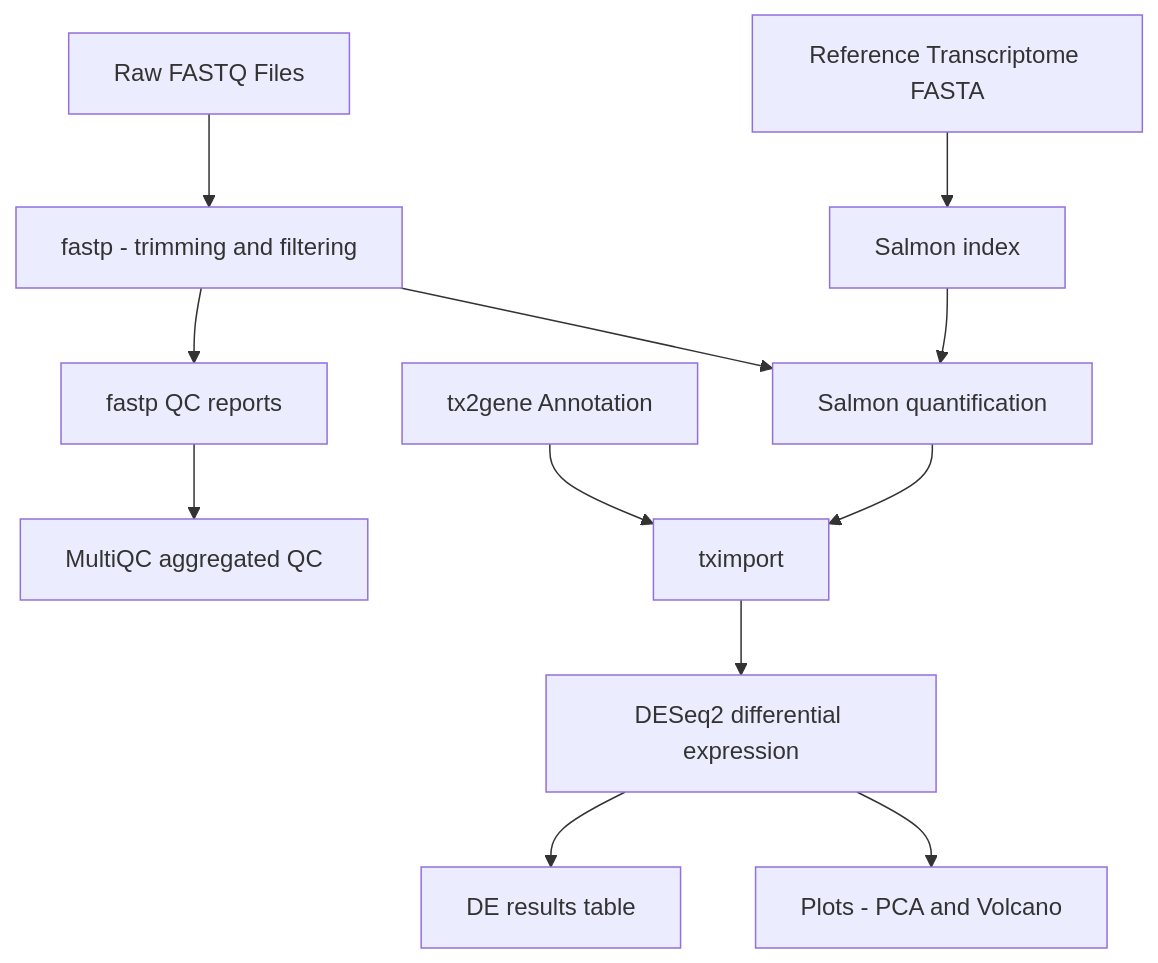
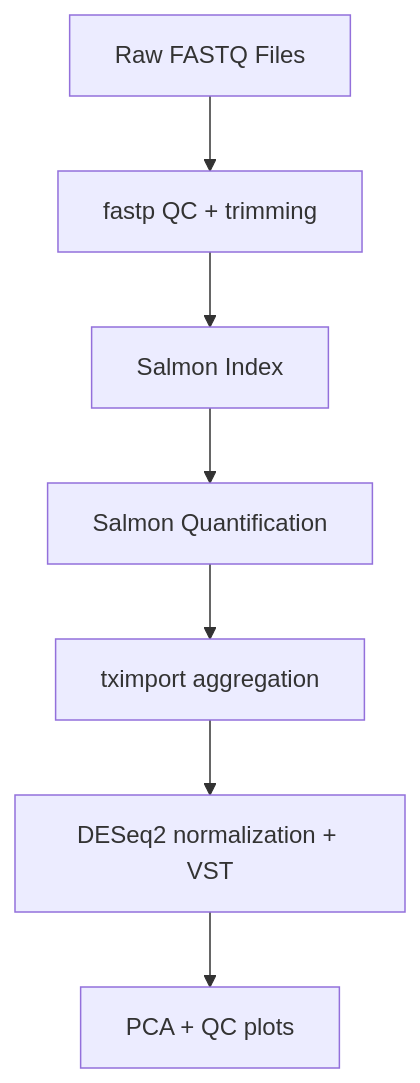
The diagram in README.md (splane00/rna-seq-pipeline), drawn with Mermaid before and after one commit. The commit also changed other lines of this file, not shown here.

````diff
--- a/README.md
+++ b/README.md
@@ -57,28 +57,9 @@
 ```mermaid
 flowchart TD
-
-    A[Raw FASTQ Files]
-    B[Reference Transcriptome FASTA]
-    C[tx2gene Annotation]
-
-    D[fastp - trimming and filtering]
-    E[fastp QC reports]
-    F[MultiQC aggregated QC]
-
-    G[Salmon index]
-    H[Salmon quantification]
-
-    I[tximport]
-    J[DESeq2 differential expression]
-    K[DE results table]
-    L[Plots - PCA and Volcano]
-
-    %% Connections
-    A --> D --> E --> F
-    B --> G --> H
-    D --> H
-    H --> I --> J --> K
-    J --> L
-    C --> I
-
+  A[Raw FASTQ Files] --> B[fastp QC + trimming]
+  B --> C[Salmon Index]
+  C --> D[Salmon Quantification]
+  D --> E[tximport aggregation]
+  E --> F[DESeq2 normalization + VST]
+  F --> G[PCA + QC plots]
 ```
````
